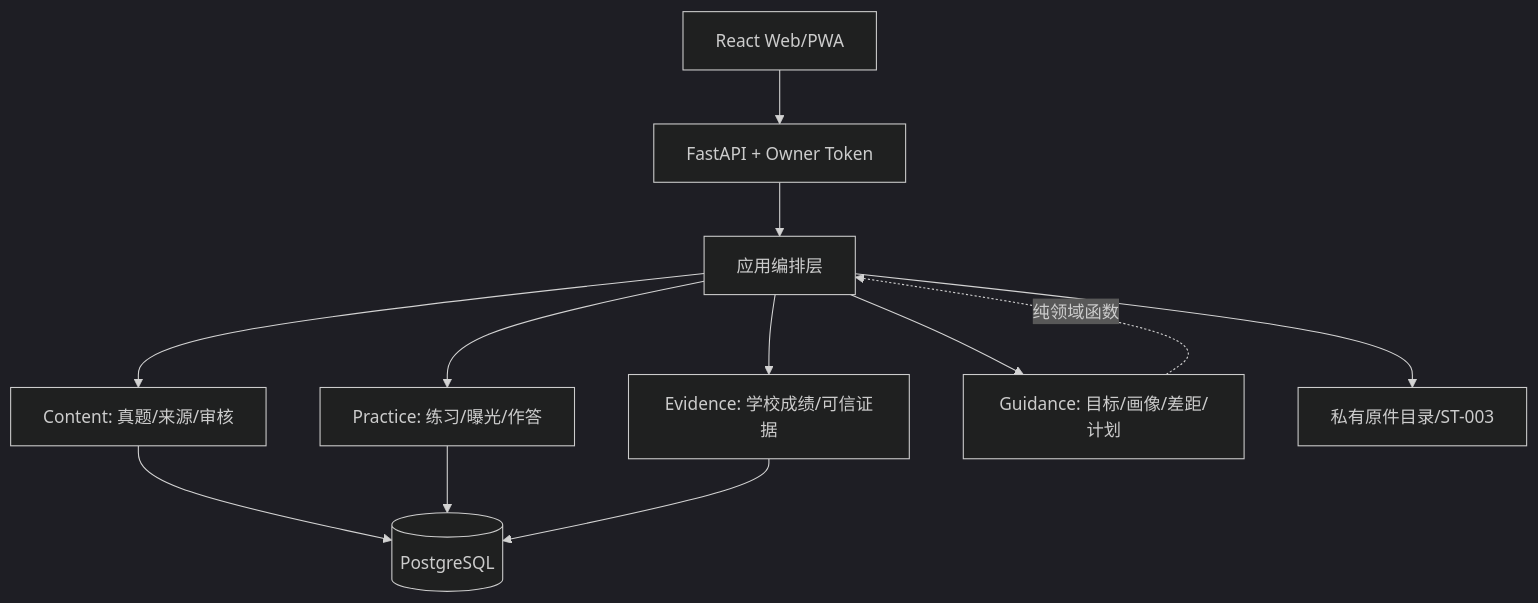
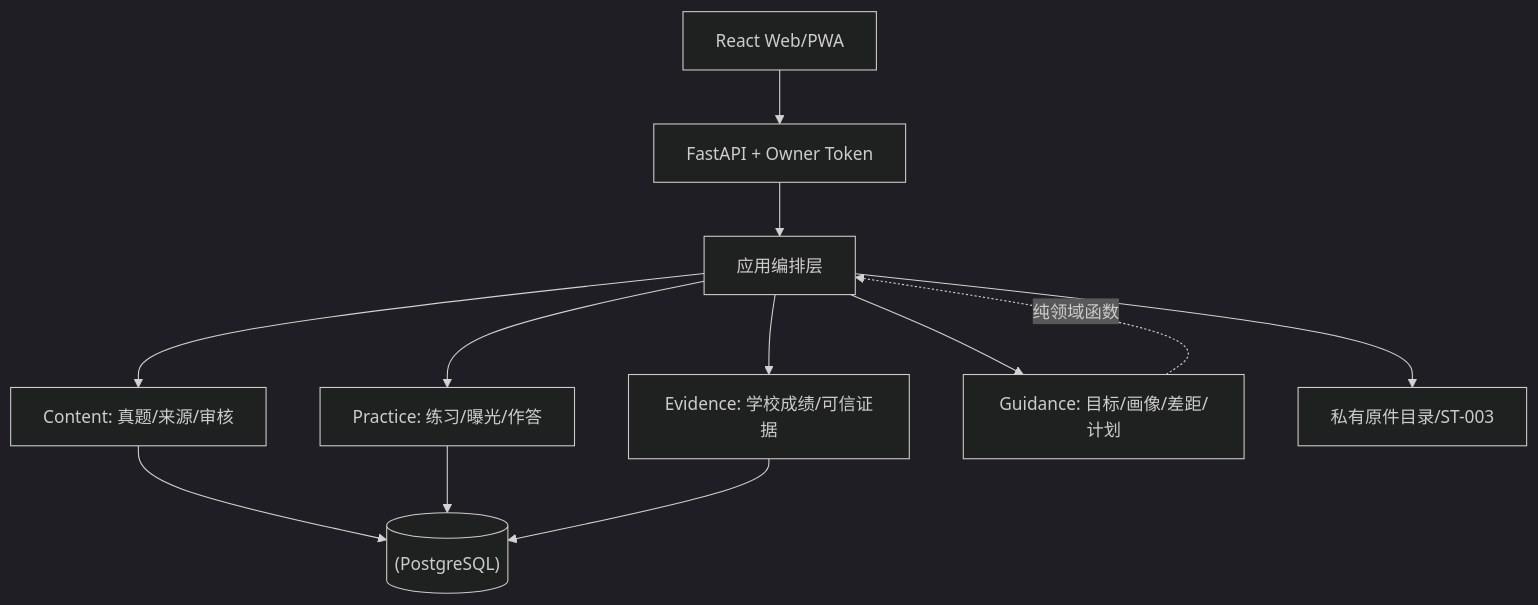
One commit to xman900719/pageboy changed the diagram in docs/design/architecture.md. Above: the diagram before and after it, drawn with Mermaid (dark theme). The commit also changed 28 other files, not shown here.

````diff
--- a/docs/design/architecture.md
+++ b/docs/design/architecture.md
@@ -7,14 +7,14 @@
 ```mermaid
 flowchart TB
-  WEB[React Web/PWA] --> API[FastAPI + Owner Token]
-  API --> APP[应用编排层]
-  APP --> CNT[Content: 真题/来源/审核]
-  APP --> PRC[Practice: 练习/曝光/作答]
-  APP --> EVD[Evidence: 学校成绩/可信证据]
-  APP --> GAP[Guidance: 目标/画像/差距/计划]
-  CNT --> DB[(PostgreSQL)]
+  WEB["React Web/PWA"] --> API["FastAPI + Owner Token"]
+  API --> APP["应用编排层"]
+  APP --> CNT["Content: 真题/来源/审核"]
+  APP --> PRC["Practice: 练习/曝光/作答"]
+  APP --> EVD["Evidence: 学校成绩/可信证据"]
+  APP --> GAP["Guidance: 目标/画像/差距/计划"]
+  CNT --> DB[("(PostgreSQL)")]
   PRC --> DB
   EVD --> DB
-  GAP -.纯领域函数.-> APP
-  APP --> STORAGE[私有原件目录/ST-003]
+  GAP -."纯领域函数".-> APP
+  APP --> STORAGE["私有原件目录/ST-003"]
 ```
````
